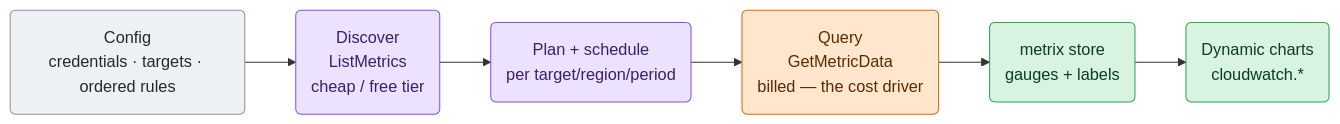
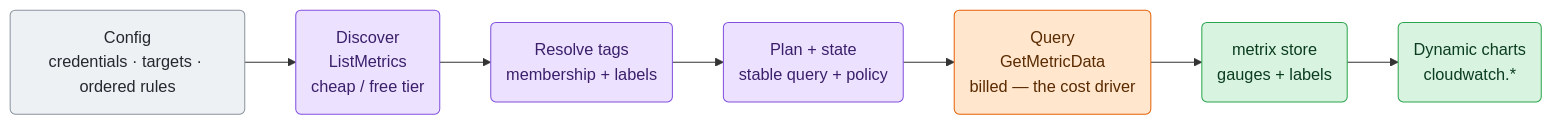
One commit to netdata/netdata changed the first of 3 diagrams in src/go/plugin/go.d/collector/cloudwatch/ARCHITECTURE.md. Above: the diagram before and after it, drawn with Mermaid. The commit also changed other lines of this file and 55 other files, not shown here.

Commit message:
feat(go.d/cloudwatch): add per-rule query policies for sparse metrics (#23094)

````diff
--- a/src/go/plugin/go.d/collector/cloudwatch/ARCHITECTURE.md
+++ b/src/go/plugin/go.d/collector/cloudwatch/ARCHITECTURE.md
@@ -36,21 +37,22 @@
 ```mermaid
 flowchart LR
     cfg("Config<br/>credentials · targets · ordered rules")
     disc("Discover<br/>ListMetrics<br/>cheap / free tier")
-    plan("Plan + schedule<br/>per target/region/period")
+    tags("Resolve tags<br/>membership + labels")
+    plan("Plan + state<br/>stable query + policy")
     query("Query<br/>GetMetricData<br/>billed — the cost driver")
     store("metrix store<br/>gauges + labels")
     charts("Dynamic charts<br/>cloudwatch.*")
 
-    cfg --> disc --> plan --> query --> store --> charts
+    cfg --> disc --> tags --> plan --> query --> store --> charts
 
     classDef input fill:#eef1f4,stroke:#8b949e,color:#24292f;
     classDef sched fill:#ece2ff,stroke:#8250df,color:#3b1f6b;
     classDef effect fill:#ffe6cc,stroke:#e36209,color:#5a2a00;
     classDef commit fill:#d8f3e0,stroke:#2da44e,color:#0b3d1f;
 
     class cfg input
-    class disc,plan sched
+    class disc,tags,plan sched
     class query effect
     class store,charts commit
 ```
````
